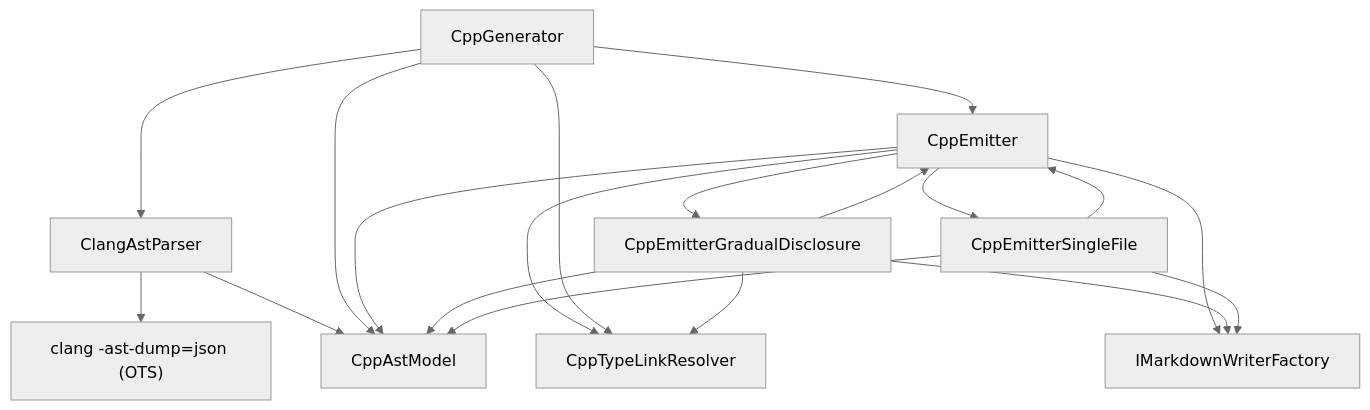
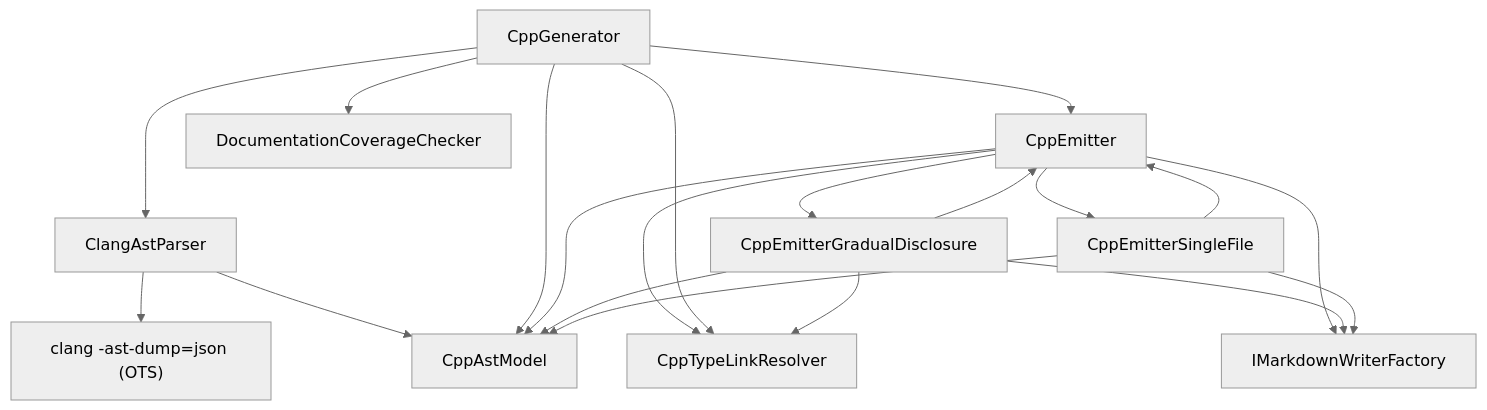
Before and after one commit to demaconsulting/ApiMark: the diagram in docs/design/api-mark-cpp.md, drawn with Mermaid (neutral theme). The commit also changed other lines of this file and 95 other files, not shown here.

First line of the commit message:
Enhance API documentation coverage enforcement for .NET, C++, and VHDL (#36)

````diff
--- a/docs/design/api-mark-cpp.md
+++ b/docs/design/api-mark-cpp.md
@@ -27,21 +36,22 @@
 ```mermaid
 flowchart TD
     CppGenerator --> ClangAstParser
     ClangAstParser --> clang["clang -ast-dump=json (OTS)"]
     ClangAstParser --> CppAstModel
     CppGenerator --> CppAstModel
     CppGenerator --> CppEmitter
     CppEmitter --> CppEmitterGradualDisclosure
     CppEmitter --> CppEmitterSingleFile
     CppEmitterGradualDisclosure --> CppEmitter
     CppEmitterSingleFile --> CppEmitter
     CppEmitter --> CppTypeLinkResolver
     CppEmitter --> IMarkdownWriterFactory
     CppGenerator --> CppTypeLinkResolver
     CppEmitter --> CppAstModel
     CppEmitterGradualDisclosure --> CppAstModel
     CppEmitterSingleFile --> CppAstModel
     CppEmitterGradualDisclosure --> CppTypeLinkResolver
     CppEmitterGradualDisclosure --> IMarkdownWriterFactory
     CppEmitterSingleFile --> IMarkdownWriterFactory
+    CppGenerator --> DocumentationCoverageChecker
 ```
````
